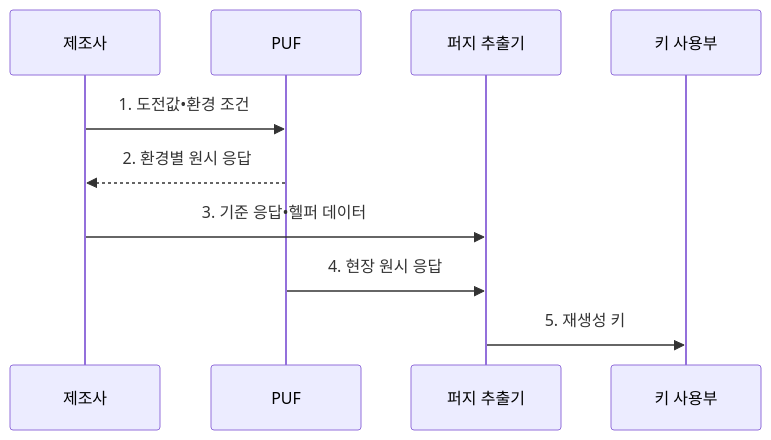
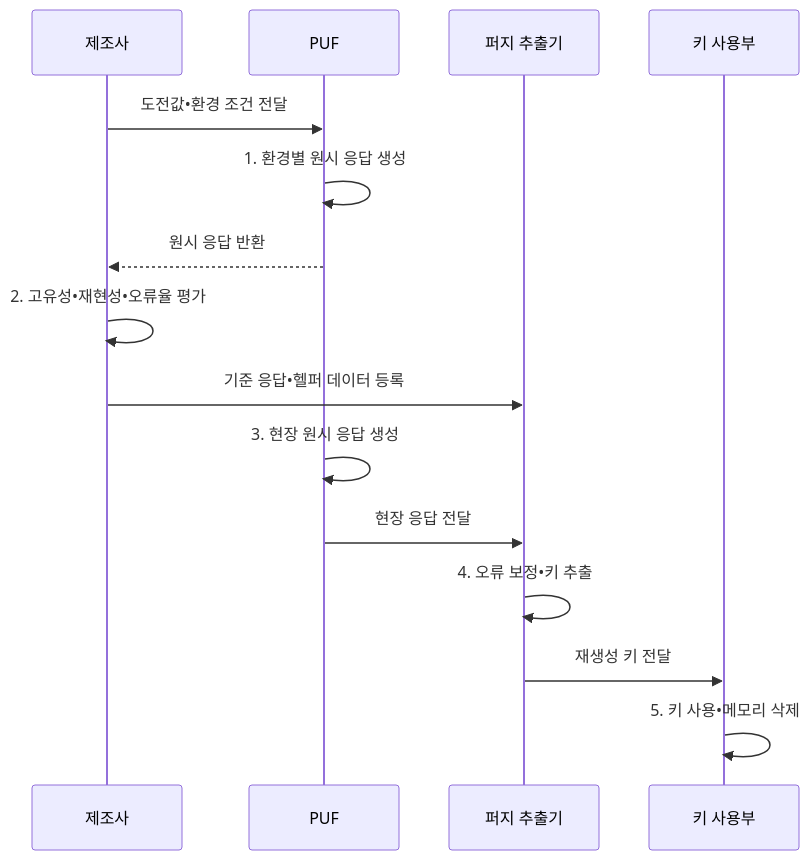
The second of 2 diagrams in src/content/docs/notes/05-security/129_puf.md (agnusdei1207/knowledge-base), drawn with Mermaid before and after one commit. The commit also changed other lines of this file and 19 other files, not shown here.

````diff
--- a/src/content/docs/notes/05-security/129_puf.md
+++ b/src/content/docs/notes/05-security/129_puf.md
@@ -100,12 +100,17 @@
 ```mermaid
 sequenceDiagram
   participant M as 제조사
   participant P as PUF
   participant F as 퍼지 추출기
   participant K as 키 사용부
-  M->>P: 1. 도전값•환경 조건
-  P-->>M: 2. 환경별 원시 응답
-  M->>F: 3. 기준 응답•헬퍼 데이터
-  P->>F: 4. 현장 원시 응답
-  F->>K: 5. 재생성 키
+  M->>P: 도전값•환경 조건 전달
+  P->>P: 1. 환경별 원시 응답 생성
+  P-->>M: 원시 응답 반환
+  M->>M: 2. 고유성•재현성•오류율 평가
+  M->>F: 기준 응답•헬퍼 데이터 등록
+  P->>P: 3. 현장 원시 응답 생성
+  P->>F: 현장 응답 전달
+  F->>F: 4. 오류 보정•키 추출
+  F->>K: 재생성 키 전달
+  K->>K: 5. 키 사용•메모리 삭제
 ```
````
